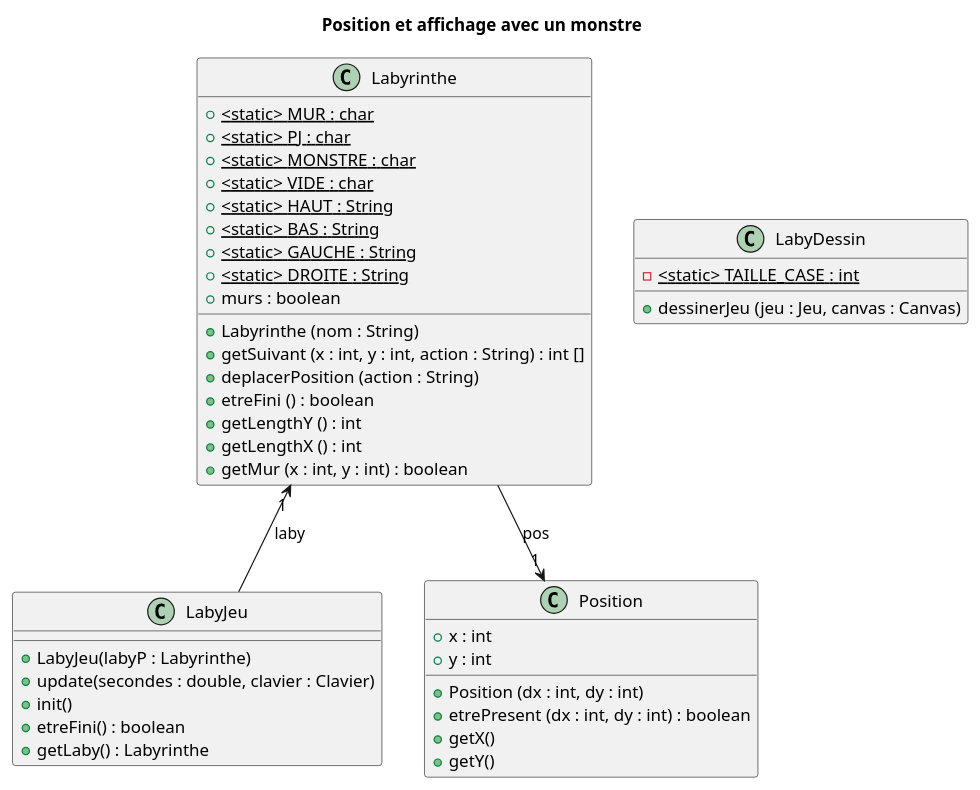
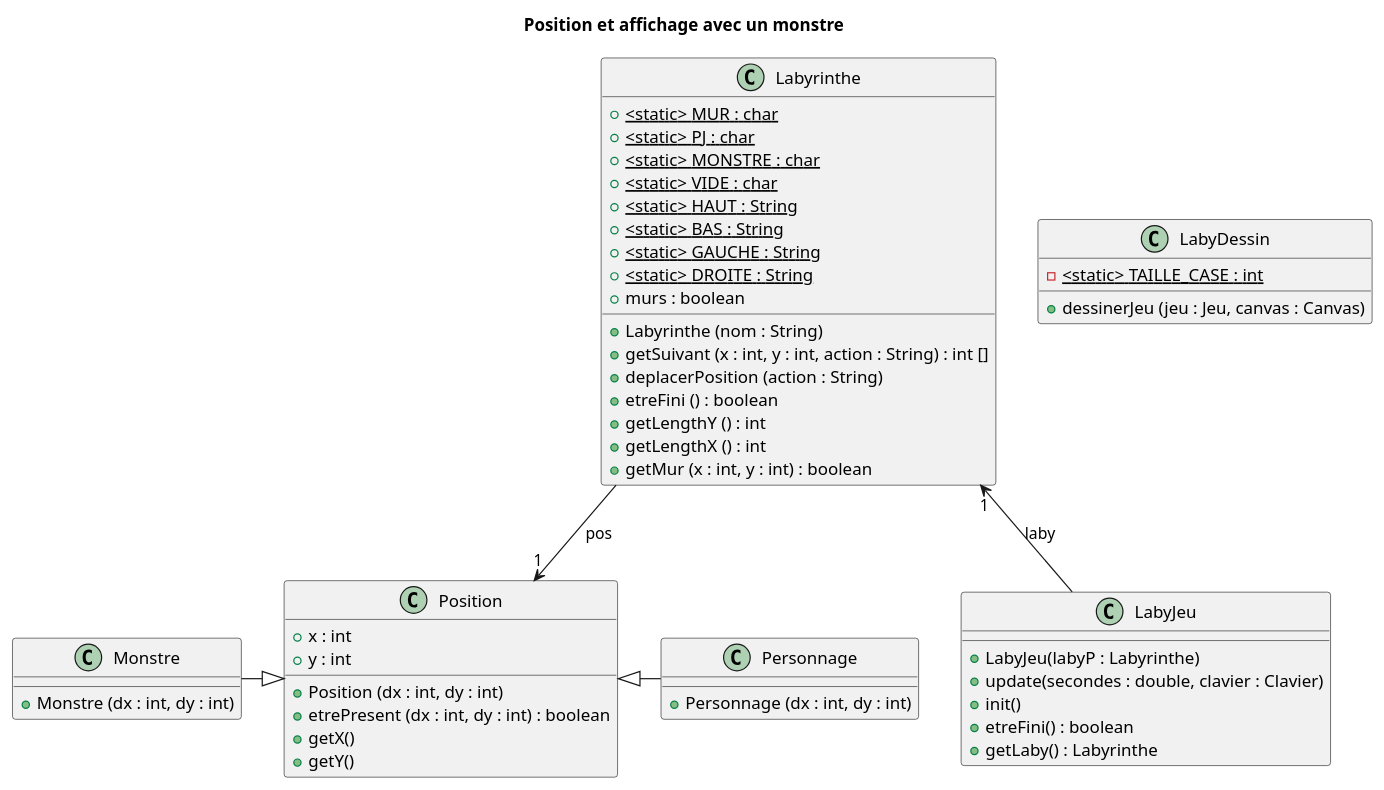
The diagram in racine_depot/documents/version_2/diagClass_posInitiale.puml (Hugo-COLLIN/BUT_INFO_S2_2022_Zeldiablo), drawn with PlantUML before and after one commit. The commit also changed 1 other file, not shown here.

Commit message:
diagClass update avec extends position

```diff
--- a/racine_depot/documents/version_2/diagClass_posInitiale.puml
+++ b/racine_depot/documents/version_2/diagClass_posInitiale.puml
@@ -1,50 +1,61 @@
 @startuml
 title Position et affichage avec un monstre
 
 class Labyrinthe {
     + <static> MUR : char {static}
     + <static> PJ : char {static}
     + <static> MONSTRE : char {static}
     + <static> VIDE : char {static}
     + <static> HAUT : String {static}
     + <static> BAS : String {static}
     + <static> GAUCHE : String {static}
     + <static> DROITE : String {static}
     + murs : boolean
 
     + Labyrinthe (nom : String)
     + getSuivant (x : int, y : int, action : String) : int []
     + deplacerPosition (action : String)
     + etreFini () : boolean
     + getLengthY () : int
     + getLengthX () : int
     + getMur (x : int, y : int) : boolean
 }
 
 class LabyJeu {
     + LabyJeu(labyP : Labyrinthe)
     + update(secondes : double, clavier : Clavier)
     + init()
     + etreFini() : boolean
     + getLaby() : Labyrinthe
 }
 
 class LabyDessin {
     - <static> TAILLE_CASE : int {static}
     + dessinerJeu (jeu : Jeu, canvas : Canvas)
 }
 
 class Position {
     + x : int
     + y : int
 
     + Position (dx : int, dy : int)
     + etrePresent (dx : int, dy : int) : boolean
     + getX()
     + getY()
 }
 
+class Personnage {
+    + Personnage (dx : int, dy : int)
+}
+
+class Monstre {
+    + Monstre (dx : int, dy : int)
+}
+
 Labyrinthe --> Position : pos "1"
 Labyrinthe "1" <-- LabyJeu : laby
 
+Monstre -|> Position
+Personnage -|> Position
+
 @enduml
```
